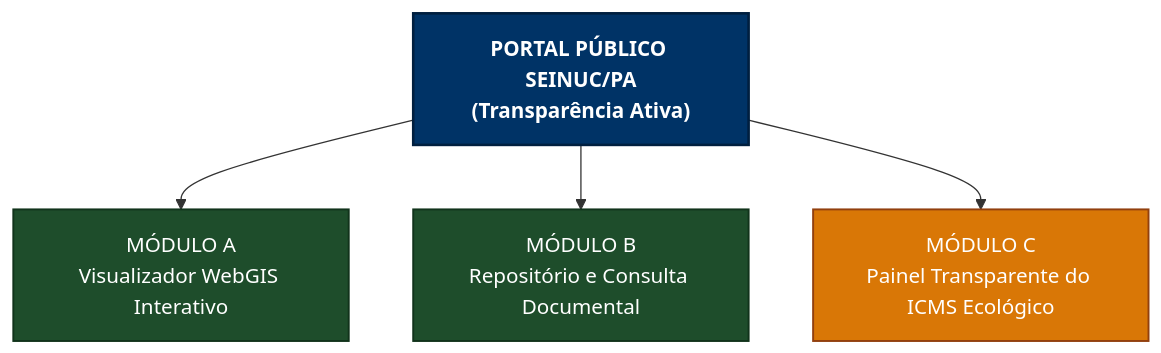
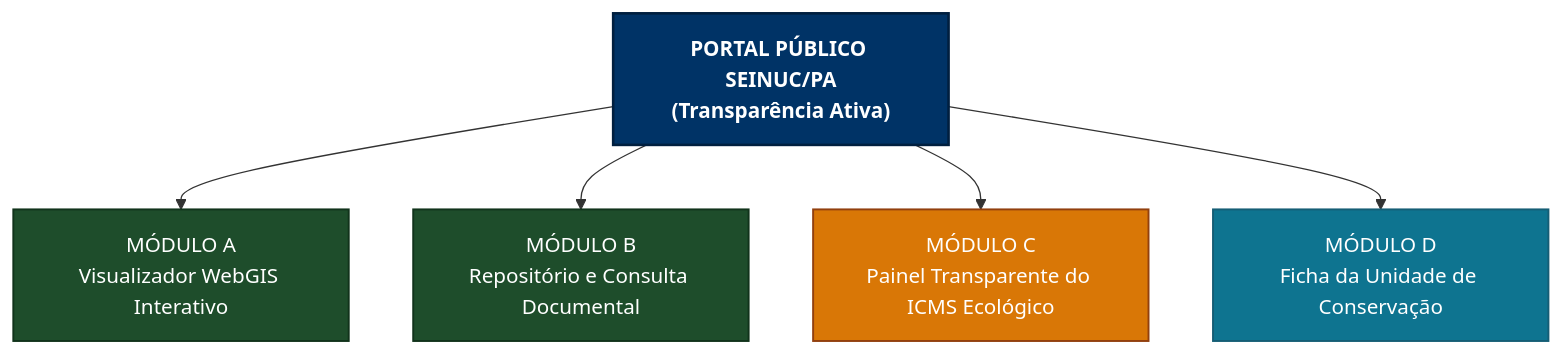
The diagram in producao/docs/especificacao-portal-transparencia-ogc.md (NGEO-IDEFLOR-Bio/seinuc-forca-tarefa), drawn with Mermaid before and after one commit. The commit also changed other lines of this file and 4 other files, not shown here.

First line of the commit message:
docs: amplia modelo de dados (camada de zoneamento e Módulo III gestor/conselho/finanças) e adiciona Módulo D - Ficha da Unidade no portal

````diff
--- a/producao/docs/especificacao-portal-transparencia-ogc.md
+++ b/producao/docs/especificacao-portal-transparencia-ogc.md
@@ -20,12 +20,14 @@
 ```mermaid
 flowchart TD
     ROOT["PORTAL PÚBLICO SEINUC/PA<br/>(Transparência Ativa)"]
     ROOT --> MOD_A["MÓDULO A<br/>Visualizador WebGIS Interativo"]
     ROOT --> MOD_B["MÓDULO B<br/>Repositório e Consulta Documental"]
     ROOT --> MOD_C["MÓDULO C<br/>Painel Transparente do ICMS Ecológico"]
+    ROOT --> MOD_D["MÓDULO D<br/>Ficha da Unidade de Conservação"]
 
     style ROOT fill:#003366,stroke:#001F3F,stroke-width:2px,color:#FFFFFF,font-weight:bold
     style MOD_A fill:#1E4D2B,stroke:#11331B,stroke-width:1.5px,color:#FFFFFF
     style MOD_B fill:#1E4D2B,stroke:#11331B,stroke-width:1.5px,color:#FFFFFF
     style MOD_C fill:#D97706,stroke:#92400E,stroke-width:1.5px,color:#FFFFFF
+    style MOD_D fill:#0E7490,stroke:#155E75,stroke-width:1.5px,color:#FFFFFF
 ```
````
